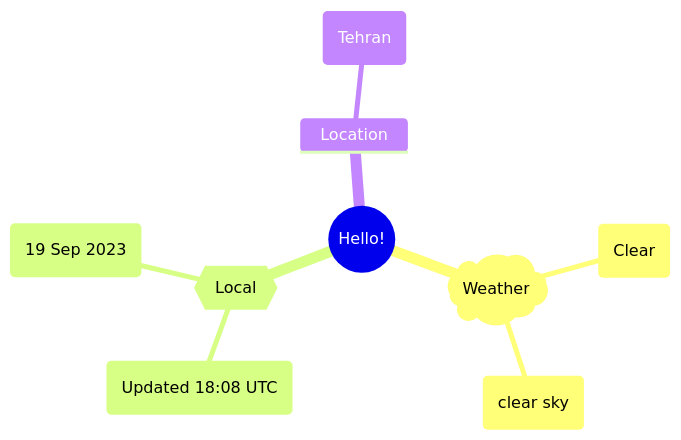
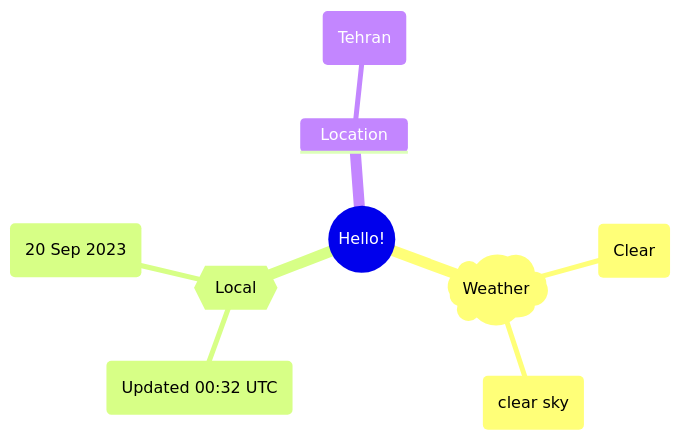
Before and after one commit to Xosrov/Xosrov: the first of 2 diagrams in README.md, drawn with Mermaid.

Commit message:
[bot] updated images

````diff
--- a/README.md
+++ b/README.md
@@ -3,12 +3,12 @@
 ```mermaid
 mindmap
   root((Hello!))
     )Weather(
         (Clear)
         (clear sky)
     {{Local}}
-        (Updated 18:08 UTC)
-        (19 Sep 2023)
+        (Updated 00:32 UTC)
+        (20 Sep 2023)
     Location
         (Tehran)
 ```
````
